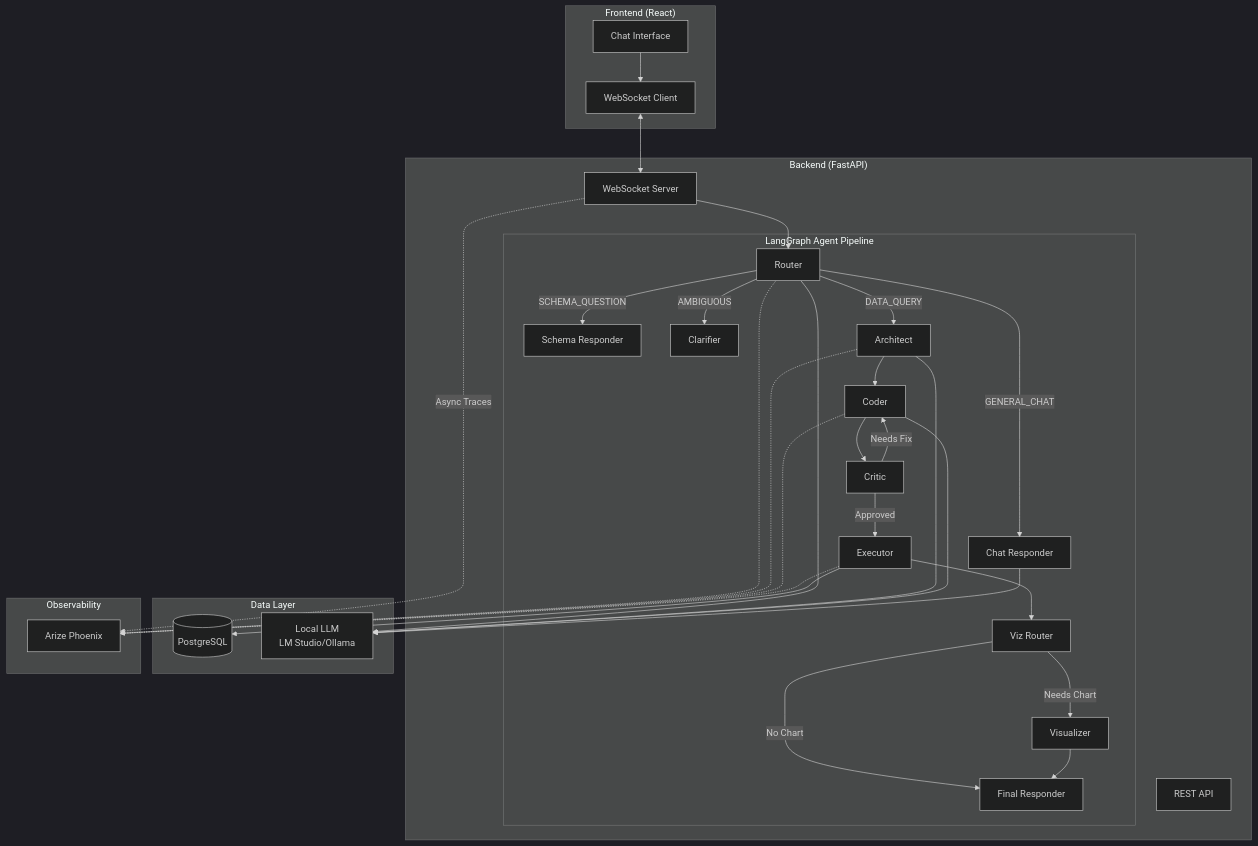
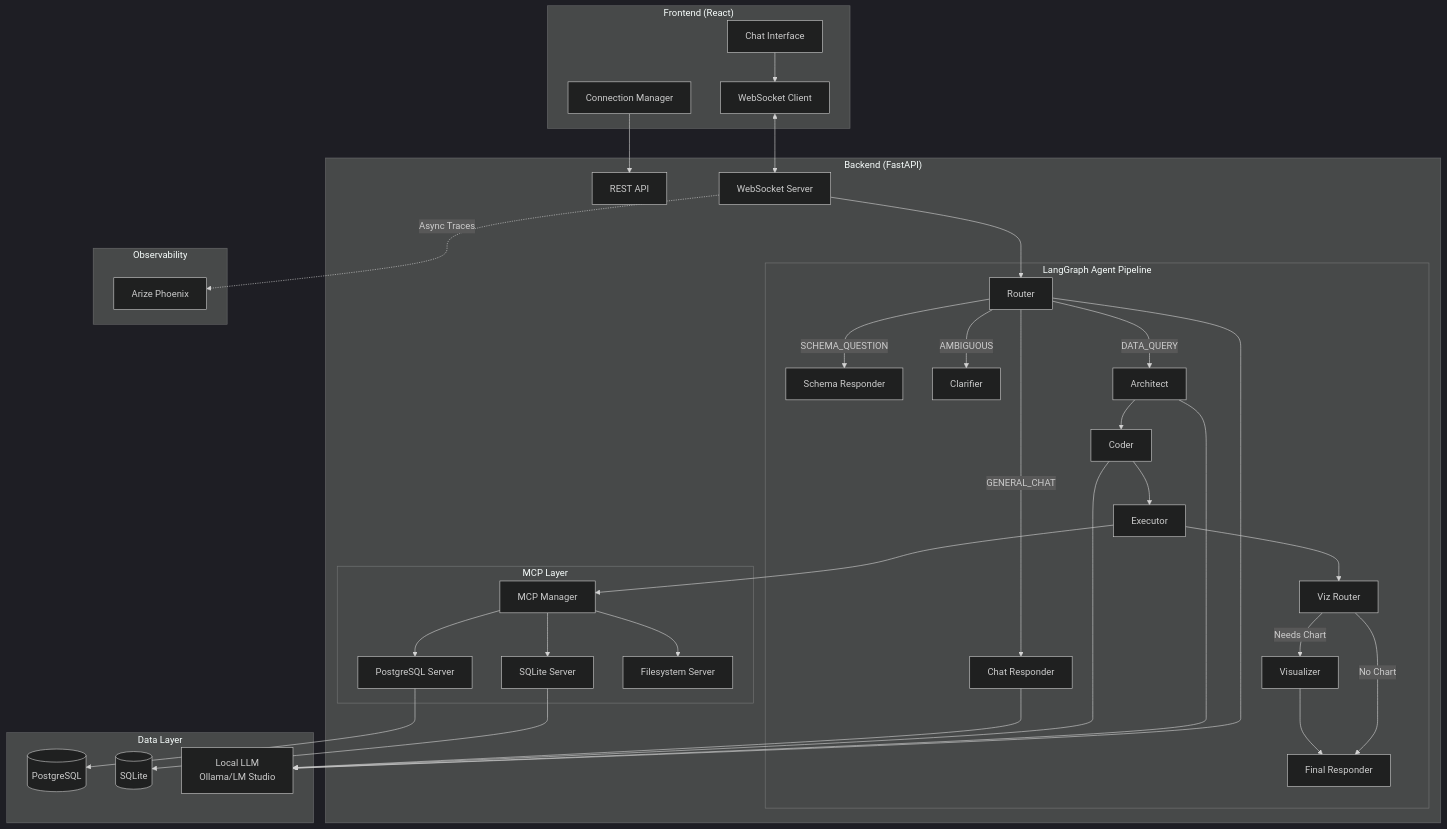
The diagram in README.md (kaushikkumarkr/Antigravit), drawn with Mermaid (dark theme) before and after one commit. The commit also changed other lines of this file and 5 other files, not shown here.

````diff
--- a/README.md
+++ b/README.md
@@ -50,63 +87,70 @@
 ```mermaid
 graph TB
     subgraph "Frontend (React)"
         UI[Chat Interface]
         WS[WebSocket Client]
+        CM[Connection Manager]
     end
     
     subgraph "Backend (FastAPI)"
         API[REST API]
         WSS[WebSocket Server]
         subgraph "LangGraph Agent Pipeline"
             Router[Router]
             ChatResp[Chat Responder]
             SchemaResp[Schema Responder]
             Clarifier[Clarifier]
             Architect[Architect]
             Coder[Coder]
-            Critic[Critic]
             Executor[Executor]
             VizRouter[Viz Router]
             Visualizer[Visualizer]
             FinalResp[Final Responder]
         end
+        subgraph "MCP Layer"
+            MCPMgr[MCP Manager]
+            PgServer[PostgreSQL Server]
+            SQLiteServer[SQLite Server]
+            FSServer[Filesystem Server]
+        end
     end
     
     subgraph "Data Layer"
-        DB[(PostgreSQL)]
-        LLM[Local LLM\nLM Studio/Ollama]
+        DB1[(PostgreSQL)]
+        DB2[(SQLite)]
+        LLM[Local LLM<br/>Ollama/LM Studio]
     end
 
     subgraph "Observability"
         Phoenix[Arize Phoenix]
     end
     
     UI --> WS
+    CM --> API
     WS <--> WSS
     WSS --> Router
     Router -->|GENERAL_CHAT| ChatResp
     Router -->|SCHEMA_QUESTION| SchemaResp
     Router -->|AMBIGUOUS| Clarifier
     Router -->|DATA_QUERY| Architect
     Architect --> Coder
-    Coder --> Critic
-    Critic -->|Needs Fix| Coder
-    Critic -->|Approved| Executor
+    Coder --> Executor
     Executor --> VizRouter
     VizRouter -->|Needs Chart| Visualizer
     VizRouter -->|No Chart| FinalResp
     Visualizer --> FinalResp
     
-    Executor --> DB
+    Executor --> MCPMgr
+    MCPMgr --> PgServer
+    MCPMgr --> SQLiteServer
+    MCPMgr --> FSServer
+    PgServer --> DB1
+    SQLiteServer --> DB2
+    
     Router --> LLM
     Architect --> LLM
     Coder --> LLM
     ChatResp --> LLM
 
-    %% Tracing
     WSS -.->|Async Traces| Phoenix
-    Router -.-> Phoenix
-    Architect -.-> Phoenix
-    Coder -.-> Phoenix
-    Executor -.-> Phoenix
 ```
````
